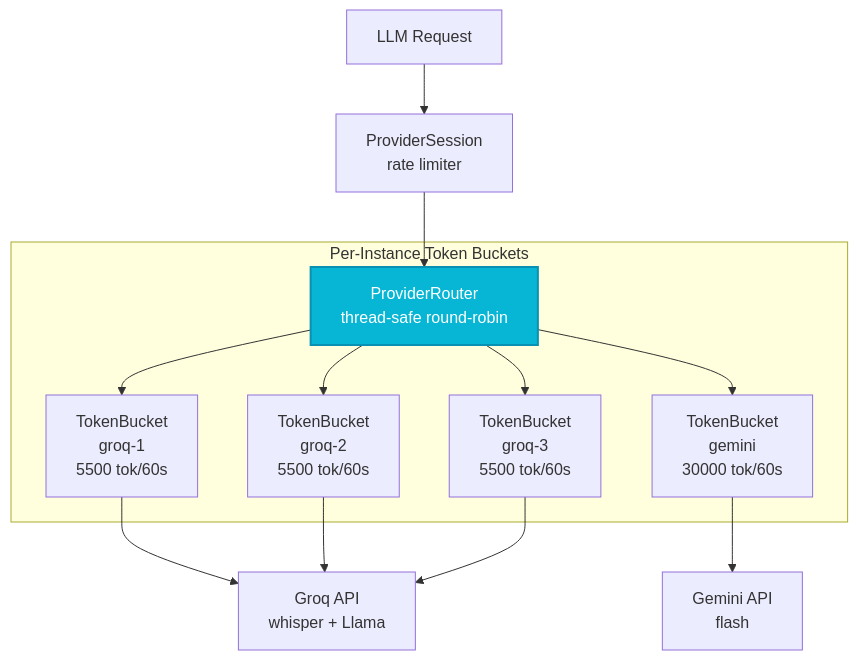
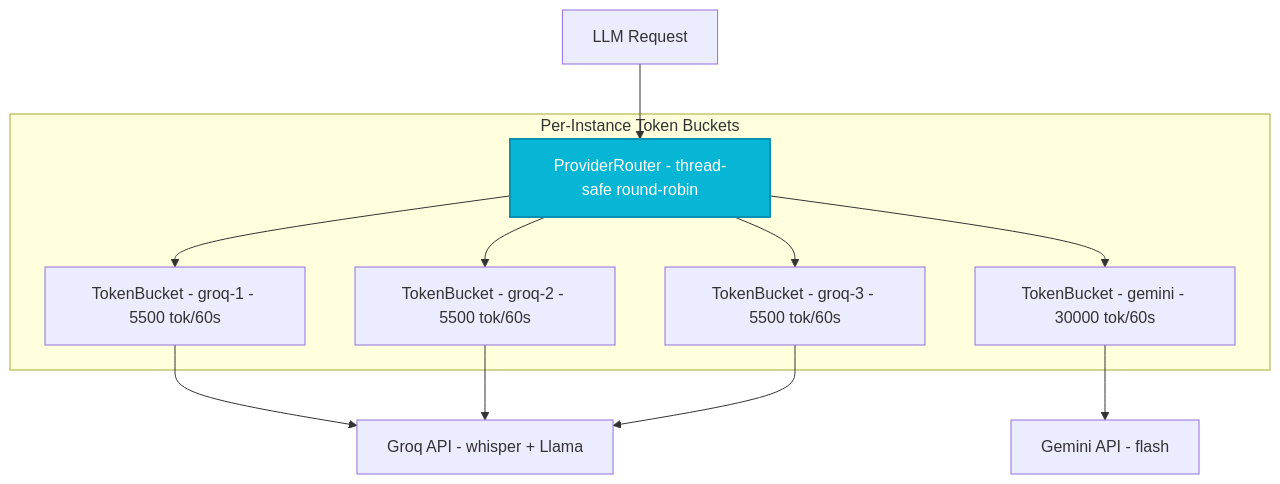
One commit to samm329-ui/Trimora_v2 changed diagram 13 of 15 in README.md. Above: the diagram before and after it, drawn with Mermaid. The commit also changed other lines of this file, not shown here.

Commit message:
Update README with LLM Scheduler architecture and fixed diagrams

````diff
--- a/README.md
+++ b/README.md
@@ -1206,19 +1343,18 @@
 ```mermaid
 flowchart TB
-    REQ["LLM Request"] --> PS["ProviderSession\nrate limiter"]
-    PS --> ROUTER["ProviderRouter\nthread-safe round-robin"]
+    REQ["LLM Request"] --> ROUTER["ProviderRouter - thread-safe round-robin"]
 
-    subgraph Buckets ["Per-Instance Token Buckets"]
-        ROUTER --> B1["TokenBucket\ngroq-1\n5500 tok/60s"]
-        ROUTER --> B2["TokenBucket\ngroq-2\n5500 tok/60s"]
-        ROUTER --> B3["TokenBucket\ngroq-3\n5500 tok/60s"]
-        ROUTER --> B4["TokenBucket\ngemini\n30000 tok/60s"]
+    subgraph Buckets["Per-Instance Token Buckets"]
+        ROUTER --> B1["TokenBucket - groq-1 - 5500 tok/60s"]
+        ROUTER --> B2["TokenBucket - groq-2 - 5500 tok/60s"]
+        ROUTER --> B3["TokenBucket - groq-3 - 5500 tok/60s"]
+        ROUTER --> B4["TokenBucket - gemini - 30000 tok/60s"]
     end
 
-    B1 --> G1["Groq API\nwhisper + Llama"]
+    B1 --> G1["Groq API - whisper + Llama"]
     B2 --> G1
     B3 --> G1
-    B4 --> G2["Gemini API\nflash"]
+    B4 --> G2["Gemini API - flash"]
 
     style ROUTER fill:#06b6d4,color:#fff,stroke:#0891b2,stroke-width:2px
 ```
````
